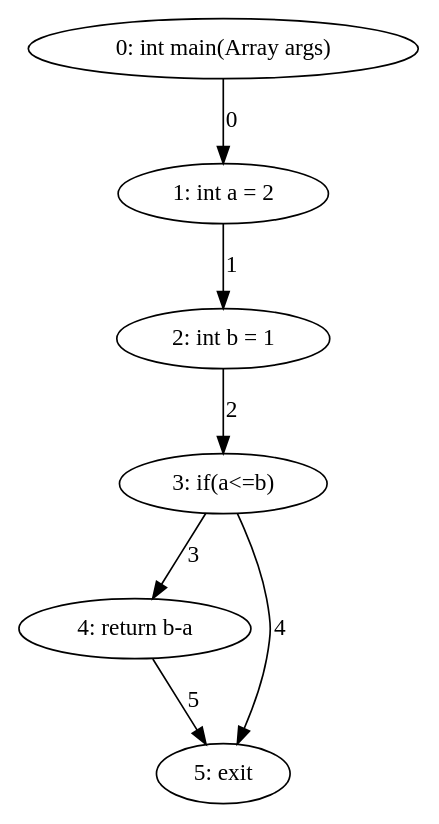
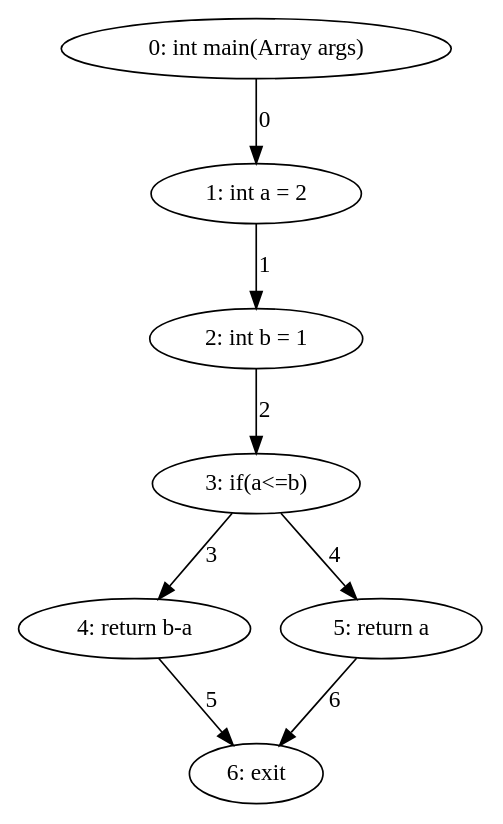
The diagram in export/if_example_cfg.dot (DominguesGM/comp_astanalyze), drawn with Graphviz before and after one commit. The commit also changed 25 other files, not shown here.

```diff
--- a/export/if_example_cfg.dot
+++ b/export/if_example_cfg.dot
@@ -1,14 +1,16 @@
 digraph G {
   1 [ label="0: int main(Array args)" ];
   2 [ label="1: int a = 2" ];
   3 [ label="2: int b = 1" ];
   4 [ label="3: if(a<=b)" ];
   5 [ label="4: return b-a" ];
-  6 [ label="5: exit" ];
+  6 [ label="5: return a" ];
+  7 [ label="6: exit" ];
   1 -> 2 [ label="0" ];
   2 -> 3 [ label="1" ];
   3 -> 4 [ label="2" ];
   4 -> 5 [ label="3" ];
   4 -> 6 [ label="4" ];
-  5 -> 6 [ label="5" ];
+  5 -> 7 [ label="5" ];
+  6 -> 7 [ label="6" ];
 }
```
